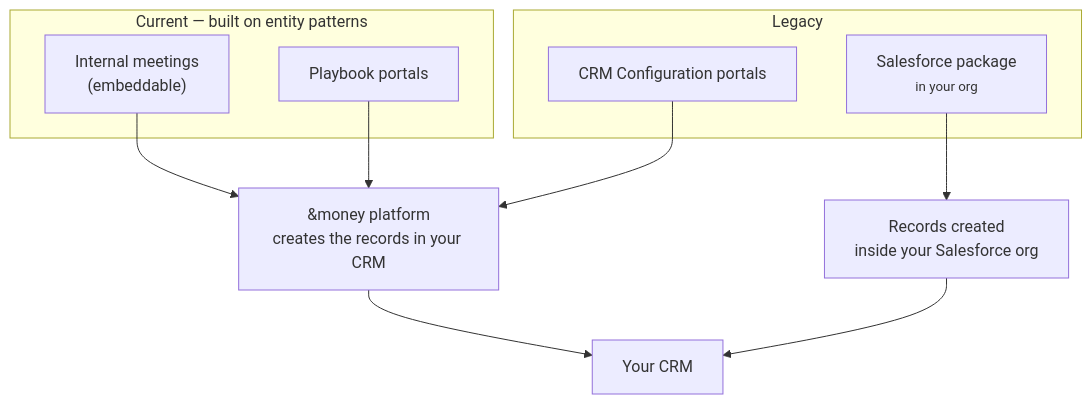
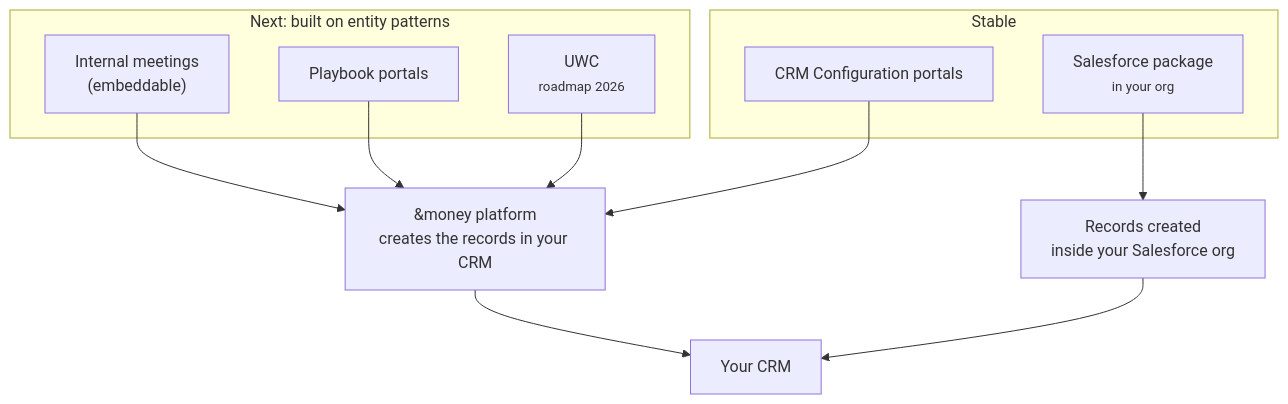
Before and after one commit to andmoneyaps/docs: the diagram in _bookme/meeting-creation/index.md, drawn with Mermaid. The commit also changed other lines of this file and 10 other files, not shown here.

````diff
--- a/_bookme/meeting-creation/index.md
+++ b/_bookme/meeting-creation/index.md
@@ -66,17 +84,19 @@
 ```mermaid
 graph TD
-    subgraph CUR["Current — built on entity patterns"]
+    subgraph CUR["Next: built on entity patterns"]
         EMB["Internal meetings<br/>(embeddable)"]
         PBP["Playbook portals"]
+        UWCN["UWC<br/><small>roadmap 2026</small>"]
     end
-    subgraph LEG["Legacy"]
+    subgraph LEG["Stable"]
         SFP["Salesforce package<br/><small>in your org</small>"]
         CRMC["CRM Configuration portals"]
     end
     EMB --> PLAT["&money platform<br/>creates the records in your CRM"]
     PBP --> PLAT
+    UWCN --> PLAT
     CRMC --> PLAT
     SFP --> ORG["Records created<br/>inside your Salesforce org"]
     PLAT --> CRM["Your CRM"]
     ORG --> CRM
 ```
````
